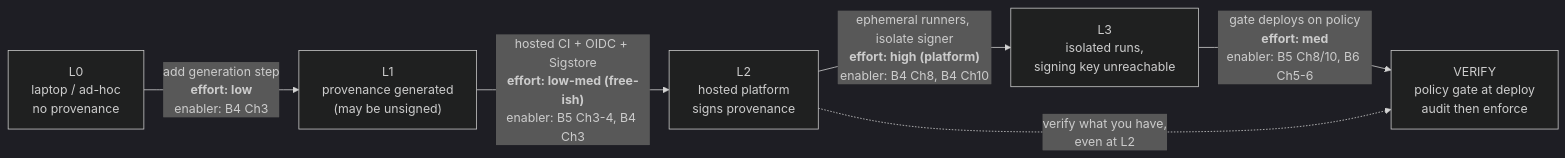
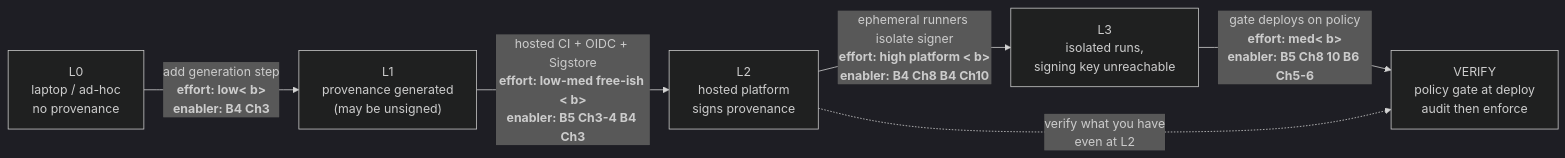
Before and after one commit to bumbsclaw/textbooks: the second of 8 diagrams in book-08-governance-ir/ch02-adopting-slsa-s2c2f.md, drawn with Mermaid (dark theme). The commit also changed other lines of this file and 173 other files, not shown here.

First line of the commit message:
fix(mermaid): close note brackets, semicolons in Notes, stateDiagram br -> dash, edge parens

````diff
--- a/book-08-governance-ir/ch02-adopting-slsa-s2c2f.md
+++ b/book-08-governance-ir/ch02-adopting-slsa-s2c2f.md
@@ -217,14 +217,14 @@
 ```mermaid
 flowchart LR
     L0["L0<br/>laptop / ad-hoc<br/>no provenance"]
     L1["L1<br/>provenance generated<br/>(may be unsigned)"]
     L2["L2<br/>hosted platform<br/>signs provenance"]
     L3["L3<br/>isolated runs,<br/>signing key unreachable"]
     VER["VERIFY<br/>policy gate at deploy<br/>audit then enforce"]
 
-    L0 -->|"add generation step<br/><b>effort: low</b><br/>enabler: B4 Ch3"| L1
-    L1 -->|"hosted CI + OIDC + Sigstore<br/><b>effort: low-med (free-ish)</b><br/>enabler: B5 Ch3-4, B4 Ch3"| L2
-    L2 -->|"ephemeral runners, isolate signer<br/><b>effort: high (platform)</b><br/>enabler: B4 Ch8, B4 Ch10"| L3
-    L3 -->|"gate deploys on policy<br/><b>effort: med</b><br/>enabler: B5 Ch8/10, B6 Ch5-6"| VER
-    L2 -.->|"verify what you have,<br/>even at L2"| VER
+    L0 -->|"add generation step<br ><b>effort: low< b><br >enabler: B4 Ch3"| L1
+    L1 -->|"hosted CI + OIDC + Sigstore<br ><b>effort: low-med free-ish < b><br >enabler: B5 Ch3-4 B4 Ch3"| L2
+    L2 -->|"ephemeral runners isolate signer<br ><b>effort: high platform < b><br >enabler: B4 Ch8 B4 Ch10"| L3
+    L3 -->|"gate deploys on policy<br ><b>effort: med< b><br >enabler: B5 Ch8 10 B6 Ch5-6"| VER
+    L2 -.->|"verify what you have <br >even at L2"| VER
 ```
````
